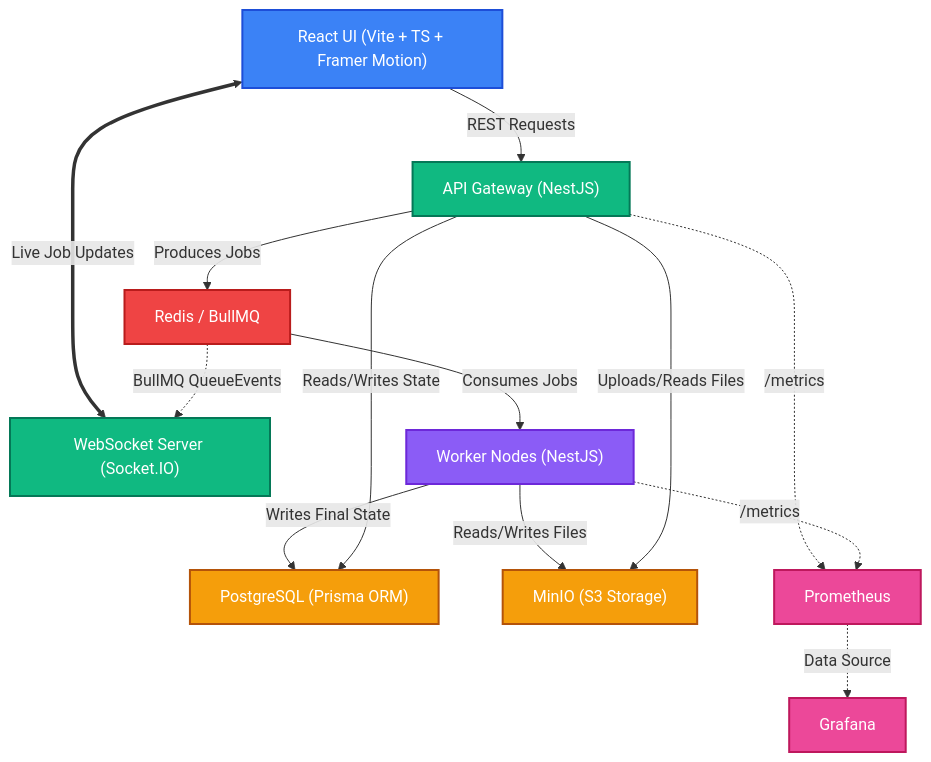
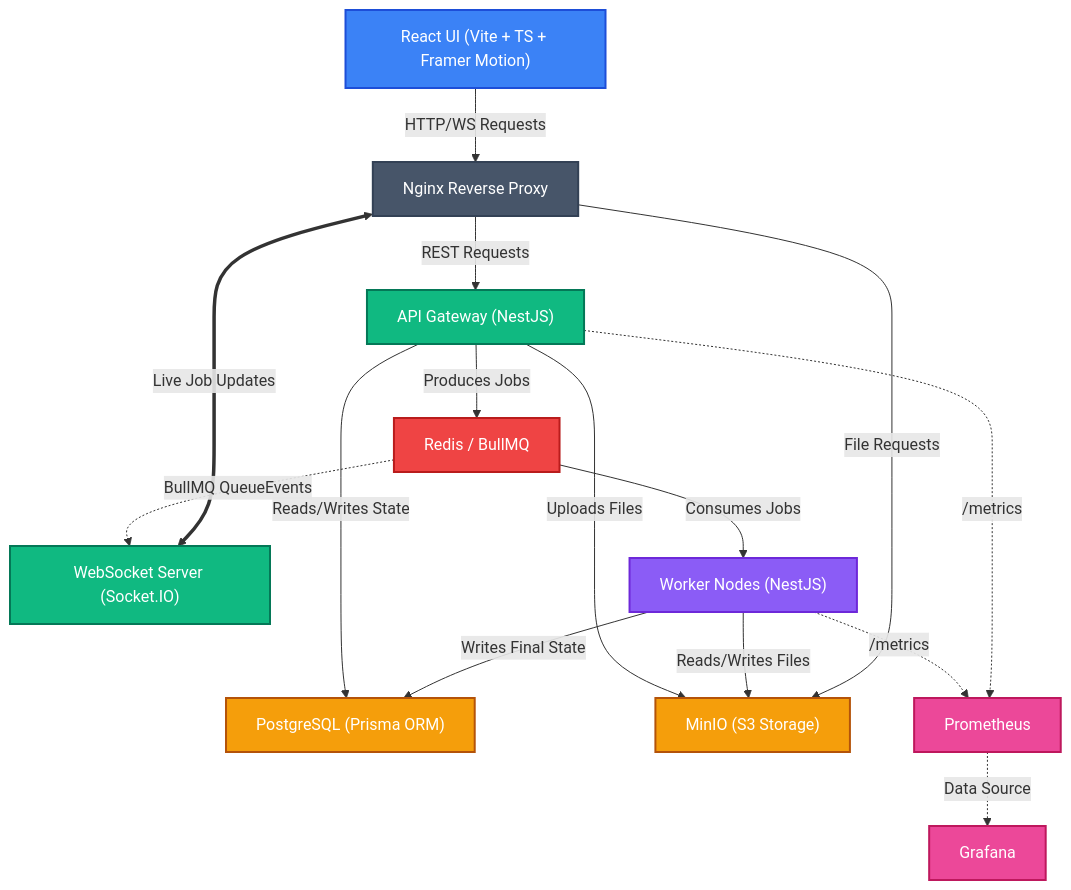
Before and after one commit to pranshu1411/PulseQ: the diagram in README.md, drawn with Mermaid. The commit also changed other lines of this file, not shown here.

````diff
--- a/README.md
+++ b/README.md
@@ -31,40 +31,44 @@
 ```mermaid
 flowchart TD
     classDef frontend fill:#3b82f6,stroke:#1d4ed8,stroke-width:2px,color:#fff
     classDef backend fill:#10b981,stroke:#047857,stroke-width:2px,color:#fff
     classDef worker fill:#8b5cf6,stroke:#6d28d9,stroke-width:2px,color:#fff
     classDef storage fill:#f59e0b,stroke:#b45309,stroke-width:2px,color:#fff
     classDef queue fill:#ef4444,stroke:#b91c1c,stroke-width:2px,color:#fff
     classDef metrics fill:#ec4899,stroke:#be185d,stroke-width:2px,color:#fff
+    classDef proxy fill:#475569,stroke:#334155,stroke-width:2px,color:#fff
     
     UI["React UI (Vite + TS + Framer Motion)"]:::frontend
+    Nginx["Nginx Reverse Proxy"]:::proxy
     Gateway["API Gateway (NestJS)"]:::backend
     SocketIO["WebSocket Server (Socket.IO)"]:::backend
     
     Queue["Redis / BullMQ"]:::queue
     Worker["Worker Nodes (NestJS)"]:::worker
     
     DB["PostgreSQL (Prisma ORM)"]:::storage
     MinIO["MinIO (S3 Storage)"]:::storage
     
     Prometheus["Prometheus"]:::metrics
     Grafana["Grafana"]:::metrics
     
-    UI -- "REST Requests" --> Gateway
-    UI <== "Live Job Updates" ==> SocketIO
+    UI -- "HTTP/WS Requests" --> Nginx
+    Nginx -- "REST Requests" --> Gateway
+    Nginx <== "Live Job Updates" ==> SocketIO
+    Nginx -- "File Requests" --> MinIO
     
     Gateway -- "Produces Jobs" --> Queue
     Queue -- "Consumes Jobs" --> Worker
     
     Worker -- "Writes Final State" --> DB
     Gateway -- "Reads/Writes State" --> DB
     
     Worker -- "Reads/Writes Files" --> MinIO
-    Gateway -- "Uploads/Reads Files" --> MinIO
+    Gateway -- "Uploads Files" --> MinIO
     
     Queue -. "BullMQ QueueEvents" .-> SocketIO
     
     Gateway -. "/metrics" .-> Prometheus
     Worker -. "/metrics" .-> Prometheus
     Prometheus -. "Data Source" .-> Grafana
 ```
````
